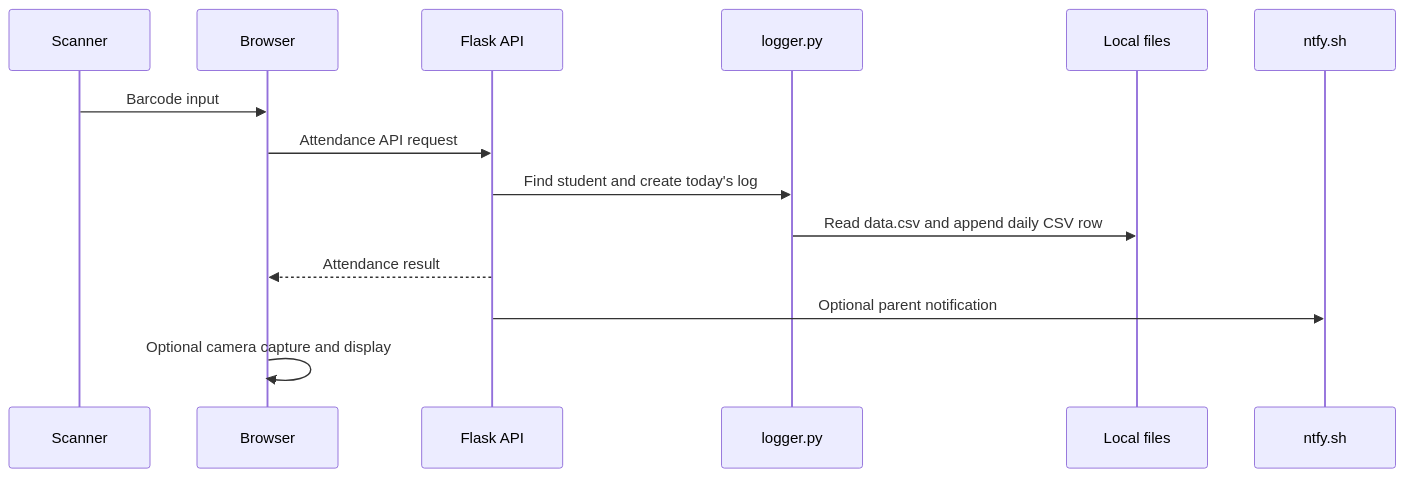
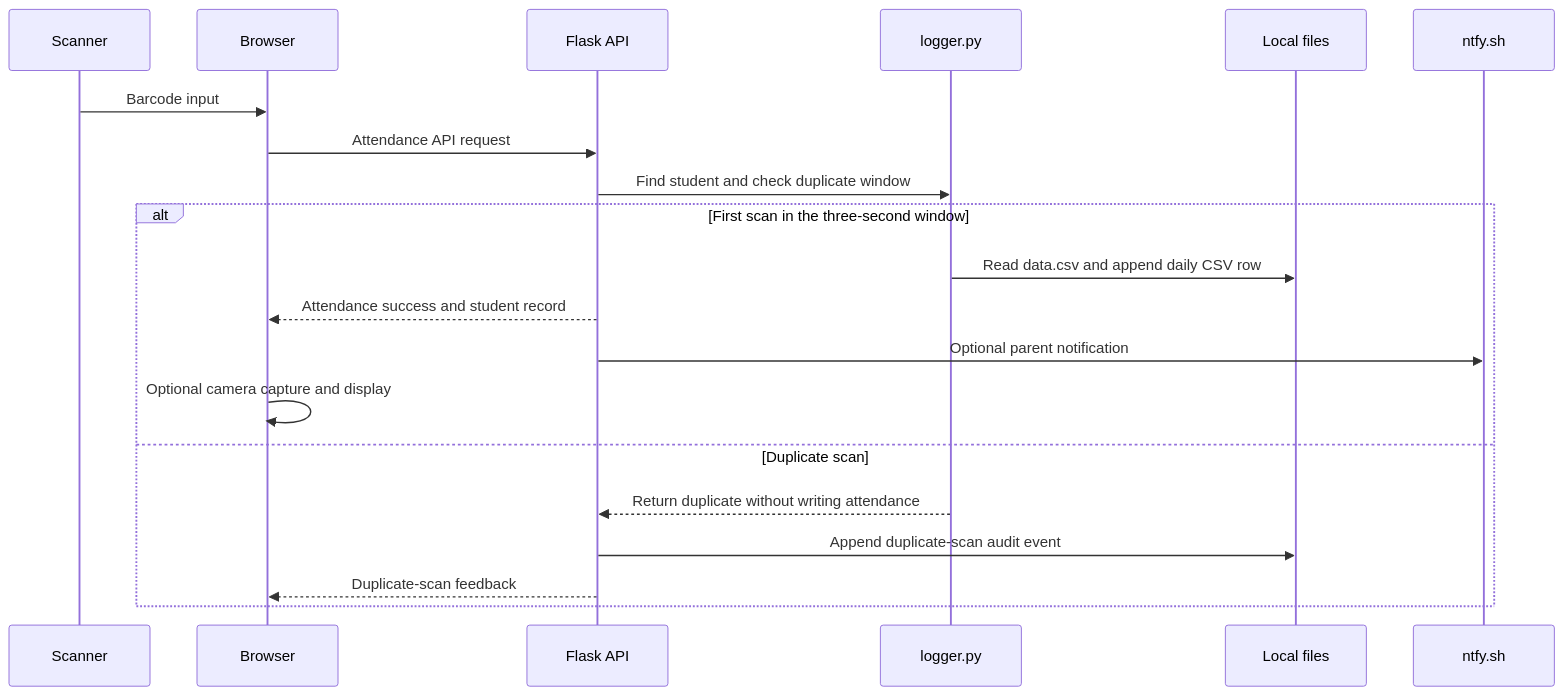
The second of 2 diagrams in ARCHITECTURE.md (CVAFPI/ID-BIO-Project), drawn with Mermaid before and after one commit. The commit also changed other lines of this file and 20 other files, not shown here.

````diff
--- a/ARCHITECTURE.md
+++ b/ARCHITECTURE.md
@@ -79,17 +88,23 @@
 ```mermaid
 sequenceDiagram
     participant S as Scanner
     participant B as Browser
     participant A as Flask API
     participant L as logger.py
     participant F as Local files
     participant N as ntfy.sh
 
     S->>B: Barcode input
     B->>A: Attendance API request
-    A->>L: Find student and create today's log
-    L->>F: Read data.csv and append daily CSV row
-    A-->>B: Attendance result
-    A->>N: Optional parent notification
-    B->>B: Optional camera capture and display
+    A->>L: Find student and check duplicate window
+    alt First scan in the three-second window
+        L->>F: Read data.csv and append daily CSV row
+        A-->>B: Attendance success and student record
+        A->>N: Optional parent notification
+        B->>B: Optional camera capture and display
+    else Duplicate scan
+        L-->>A: Return duplicate without writing attendance
+        A->>F: Append duplicate-scan audit event
+        A-->>B: Duplicate-scan feedback
+    end
 ```
````
